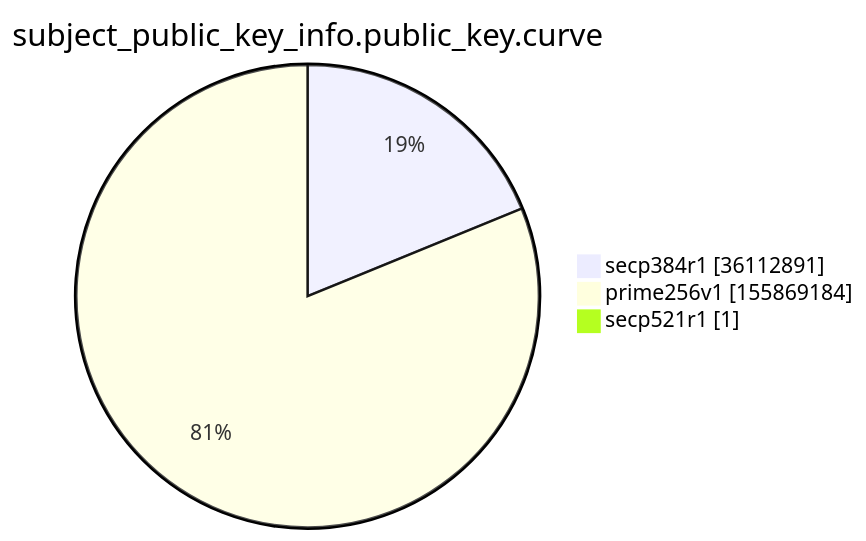
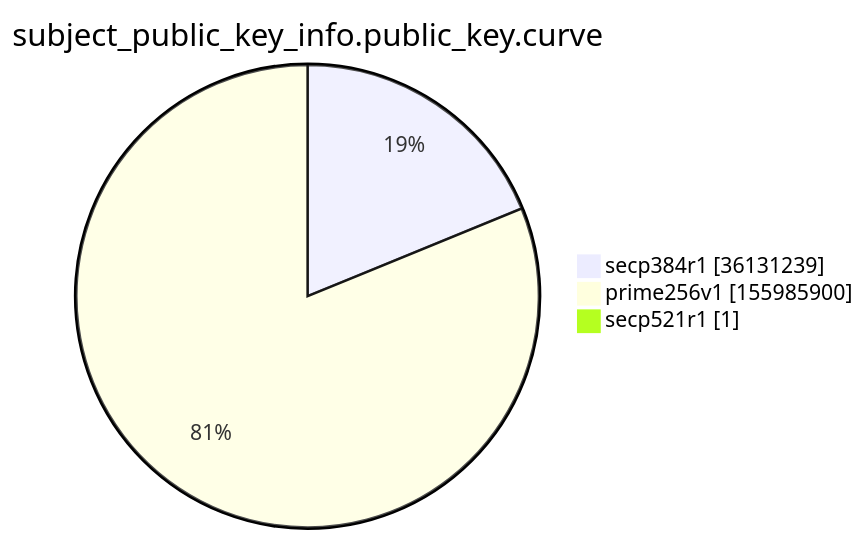
The ninth of 15 diagrams in argon2022/README.md (christiankrug/ctmonitor_visualization), drawn with Mermaid before and after one commit. The commit also changed other lines of this file, not shown here.

````diff
--- a/argon2022/README.md
+++ b/argon2022/README.md
@@ -2766,7 +2766,7 @@
 ```mermaid
 pie showData
 title subject_public_key_info.public_key.curve
-"secp384r1" :36112891
-"prime256v1" :155869184
+"secp384r1" :36131239
+"prime256v1" :155985900
 "secp521r1" :1
 ```
````
